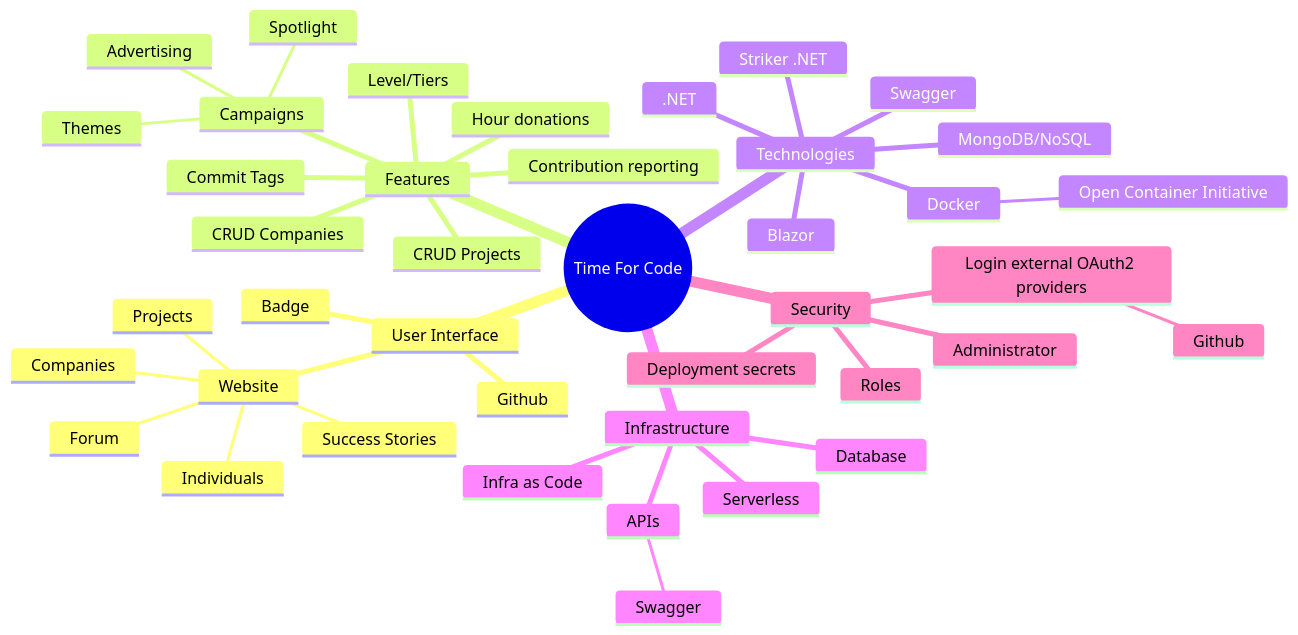
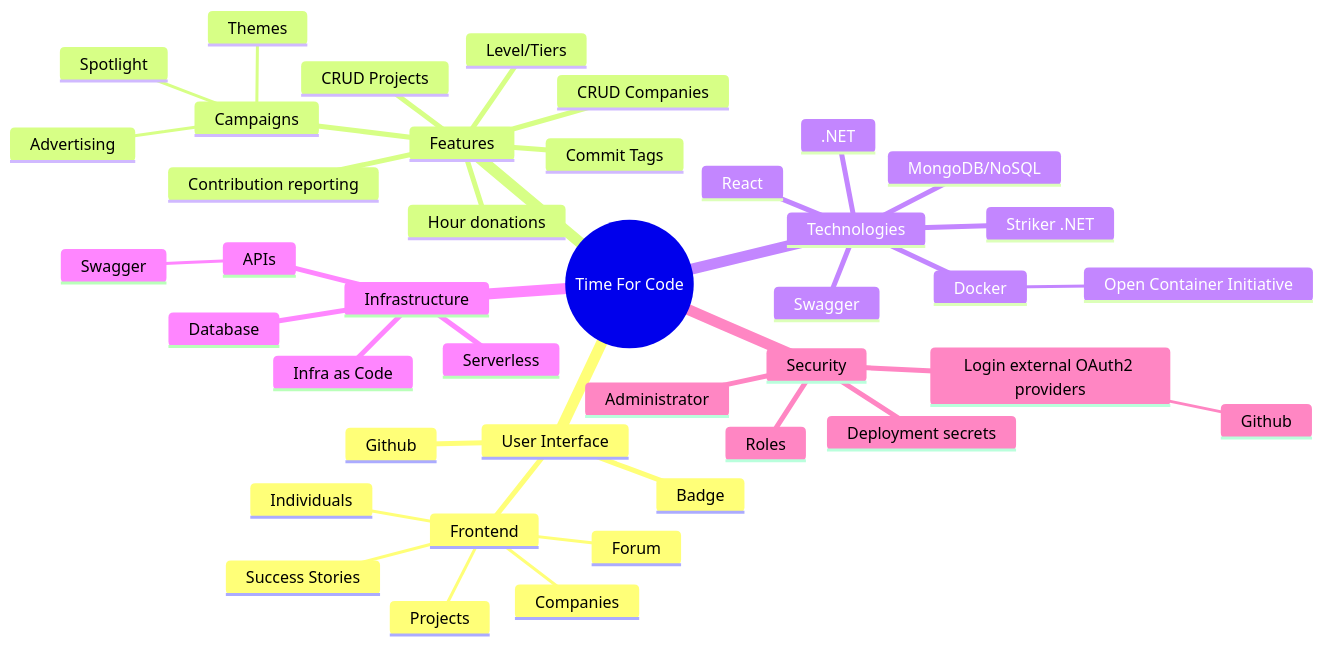
One commit to wouterfennis/TimeForCode changed the diagram in docs/target/product-vision.md. Above: the diagram before and after it, drawn with Mermaid. The commit also changed 142 other files, not shown here.

Commit message:
feat(frontend): scaffold the React SPA with lint, type-check and tests in CI (#110) (#116)

````diff
--- a/docs/target/product-vision.md
+++ b/docs/target/product-vision.md
@@ -106,44 +106,44 @@
 ```mermaid
 mindmap
   root((Time For Code))
     User Interface
-        Website
+        Frontend
             Success Stories
             Forum
             Projects
             Companies
             Individuals
         Badge
         Github
     Features
         Hour donations
         Contribution reporting
         Level/Tiers
         Commit Tags
         Campaigns
             Spotlight
             Themes
             Advertising
         CRUD Projects
         CRUD Companies
     Technologies
         .NET
-        Blazor
+        React
         Striker .NET
         MongoDB/NoSQL
         Docker
             Open Container Initiative
         Swagger
     Infrastructure
         Infra as Code
         Database
         Serverless
         APIs
             Swagger
     Security
         Login external OAuth2 providers
             Github
         Roles
         Administrator
         Deployment secrets
 ```
````
